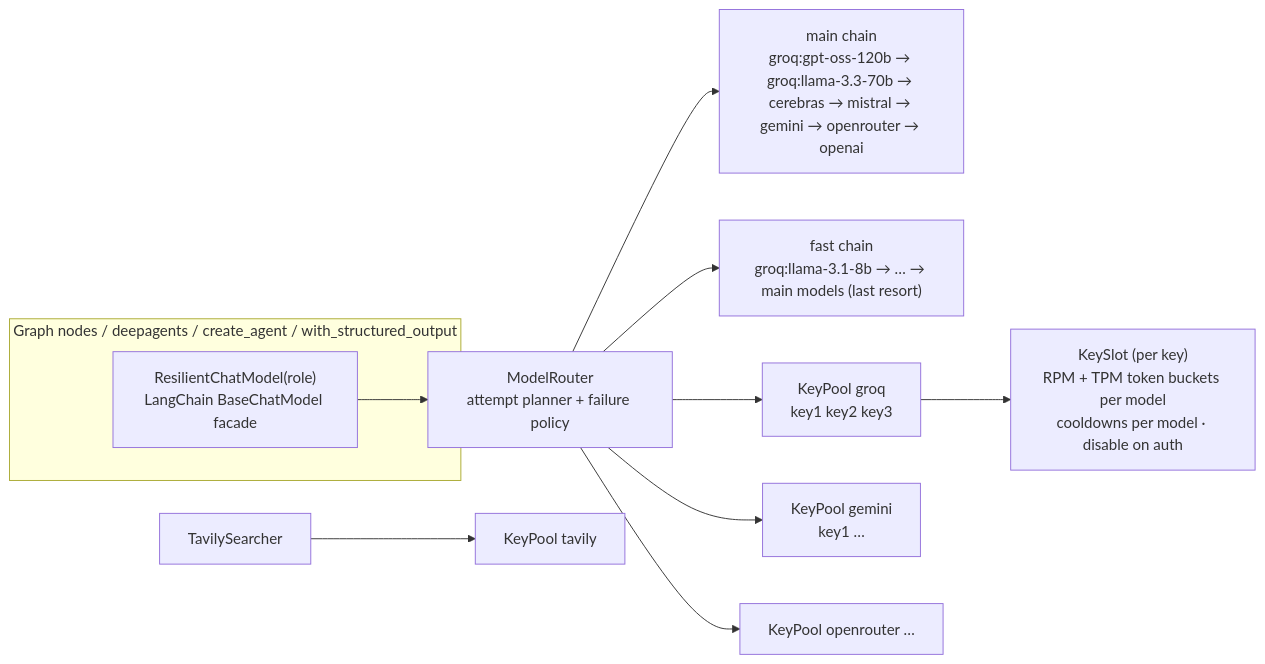
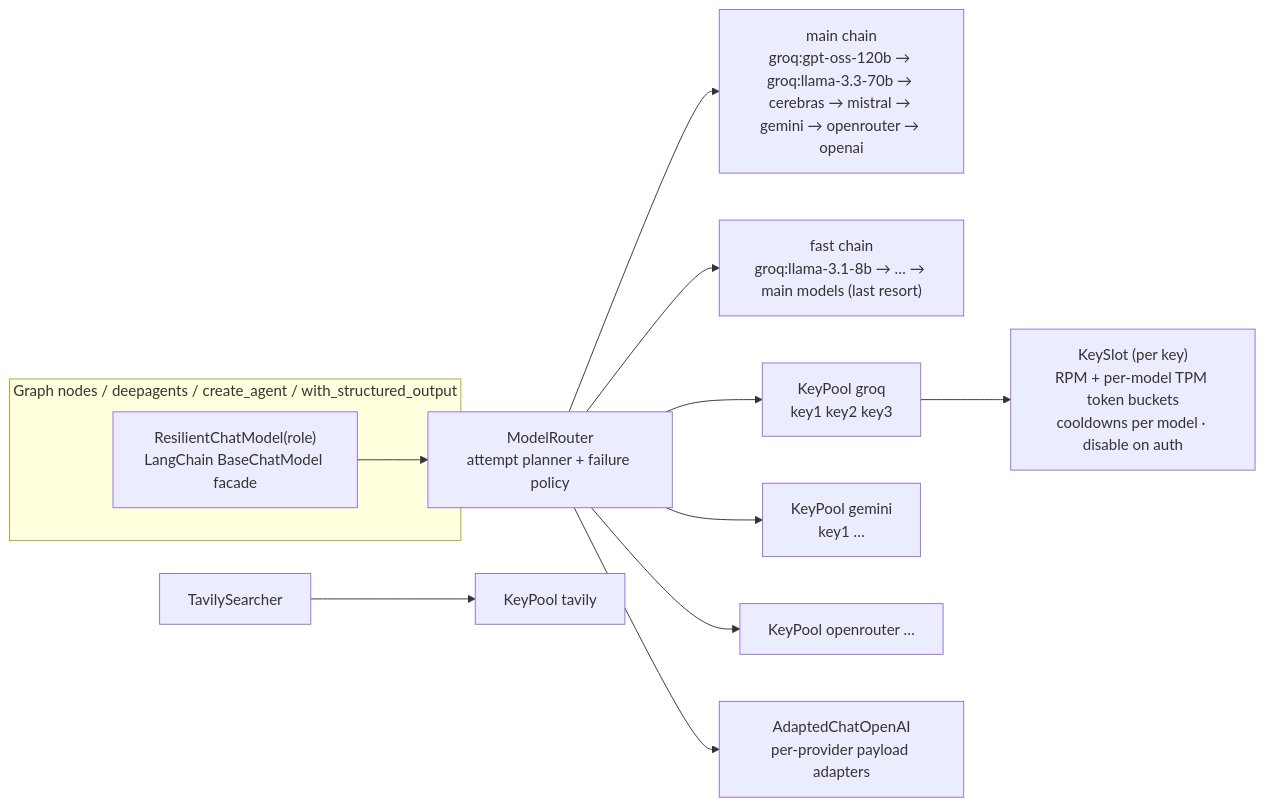
One commit to YashMittal1503/ReAct-Search-Agent changed the third of 3 diagrams in README.md. Above: the diagram before and after it, drawn with Mermaid. The commit also changed other lines of this file, not shown here.

````diff
--- a/README.md
+++ b/README.md
@@ -226,14 +243,15 @@
 ```mermaid
 flowchart LR
     subgraph Nodes["Graph nodes / deepagents / create_agent / with_structured_output"]
         RCM["ResilientChatModel(role)<br/>LangChain BaseChatModel facade"]
     end
     RCM --> R["ModelRouter<br/>attempt planner + failure policy"]
     R --> C1["main chain<br/>groq:gpt-oss-120b → groq:llama-3.3-70b → cerebras → mistral → gemini → openrouter → openai"]
     R --> C2["fast chain<br/>groq:llama-3.1-8b → … → main models (last resort)"]
     R --> P1["KeyPool groq<br/>key1 key2 key3"]
     R --> P2["KeyPool gemini<br/>key1 …"]
     R --> P3["KeyPool openrouter …"]
-    P1 --> S["KeySlot (per key)<br/>RPM + TPM token buckets per model<br/>cooldowns per model · disable on auth"]
+    P1 --> S["KeySlot (per key)<br/>RPM + per-model TPM token buckets<br/>cooldowns per model · disable on auth"]
+    R --> A["AdaptedChatOpenAI<br/>per-provider payload adapters"]
     T["TavilySearcher"] --> PT["KeyPool tavily"]
 ```
````
